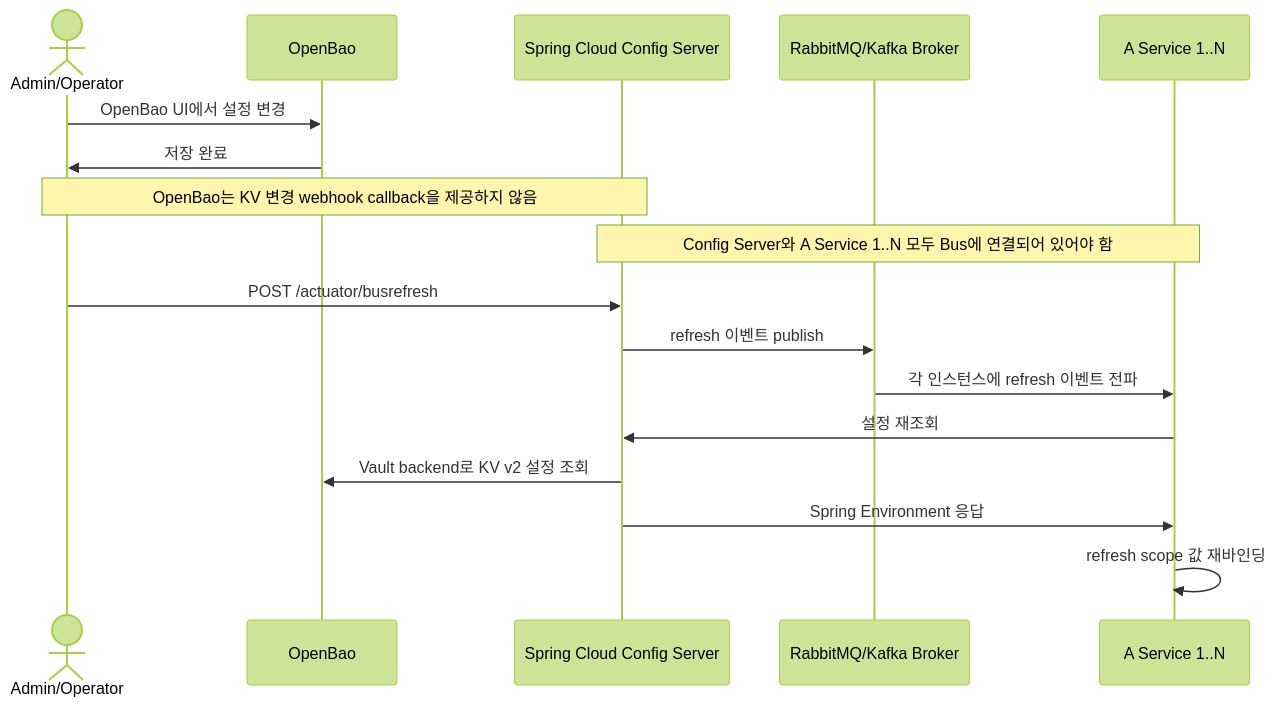
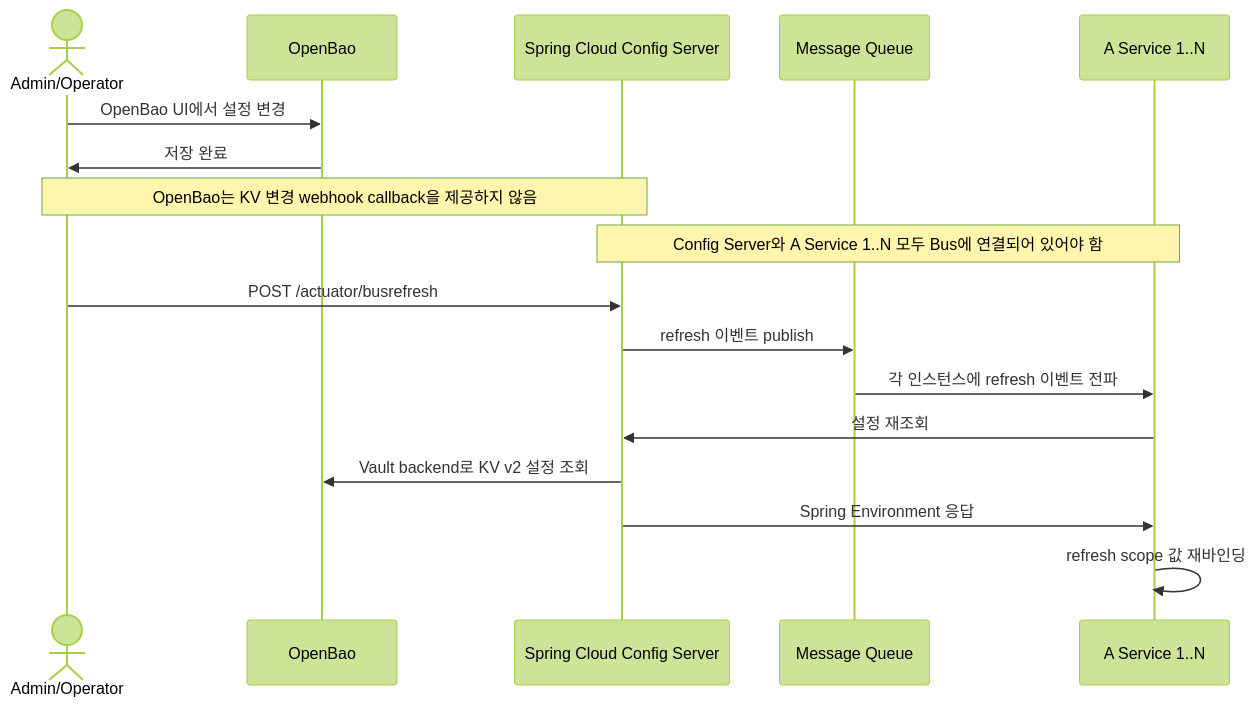
The second of 2 diagrams in README.md (Hyune-s-lab/my-spring-cloud-config), drawn with Mermaid (forest theme) before and after one commit.

Commit message:
docs: generalize spring bus broker label

````diff
--- a/README.md
+++ b/README.md
@@ -96,19 +96,19 @@
 ```mermaid
 sequenceDiagram
     actor Admin as Admin/Operator
     participant Bao as OpenBao
     participant Config as Spring Cloud Config Server
-    participant Broker as RabbitMQ/Kafka Broker
+    participant Broker as Message Queue
     participant App as A Service 1..N
     Admin ->> Bao: OpenBao UI에서 설정 변경
     Bao ->> Admin: 저장 완료
     Note over Admin, Config: OpenBao는 KV 변경 webhook callback을 제공하지 않음
     Note over Config, App: Config Server와 A Service 1..N 모두 Bus에 연결되어 있어야 함
     Admin ->> Config: POST /actuator/busrefresh
     Config ->> Broker: refresh 이벤트 publish
     Broker ->> App: 각 인스턴스에 refresh 이벤트 전파
     App ->> Config: 설정 재조회
     Config ->> Bao: Vault backend로 KV v2 설정 조회
     Config ->> App: Spring Environment 응답
     App ->> App: refresh scope 값 재바인딩
 ```
````
